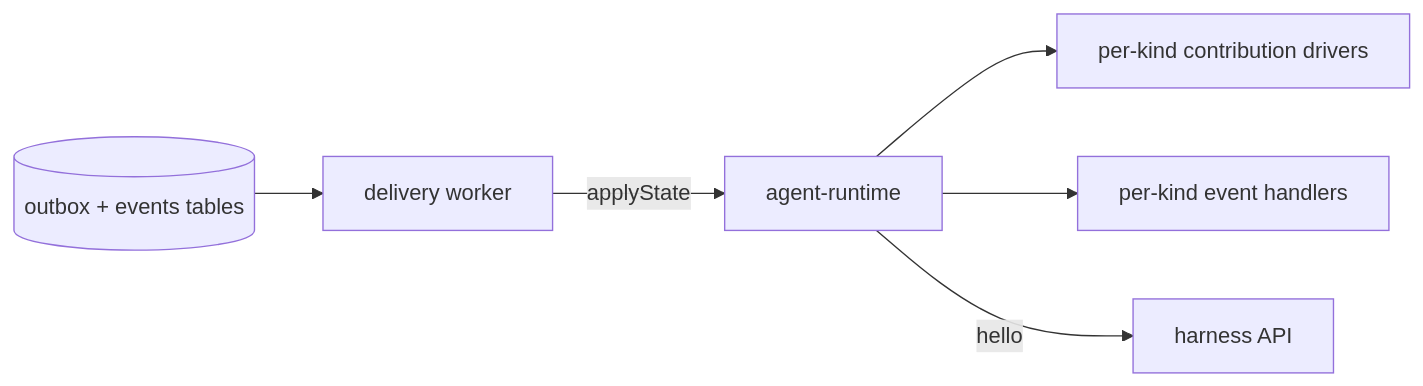
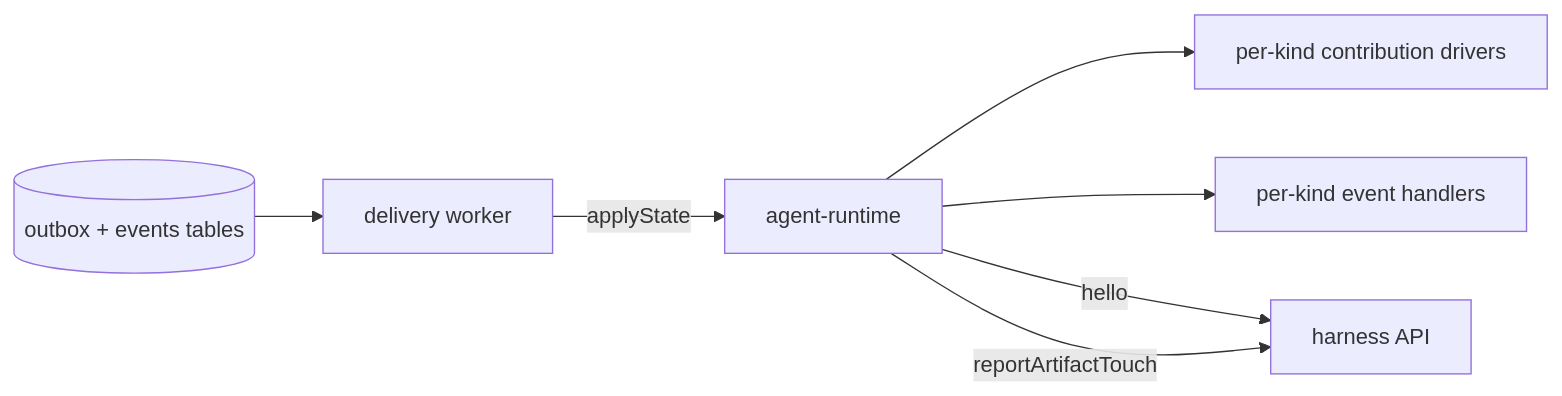
One commit to dam-agents/dam changed the first of 5 diagrams in docs/architecture/runtime-delivery.md. Above: the diagram before and after it, drawn with Mermaid. The commit also changed other lines of this file and 9 other files, not shown here.

````diff
--- a/docs/architecture/runtime-delivery.md
+++ b/docs/architecture/runtime-delivery.md
@@ -18,15 +19,16 @@
 ```mermaid
 flowchart LR
   outbox[(outbox + events tables)]
   worker[delivery worker]
   rt[agent-runtime]
   drivers[per-kind contribution drivers]
   handlers[per-kind event handlers]
   api[harness API]
 
   outbox --> worker
   worker -->|applyState| rt
   rt --> drivers
   rt --> handlers
   rt -->|hello| api
+  rt -->|reportArtifactTouch| api
 ```
````
